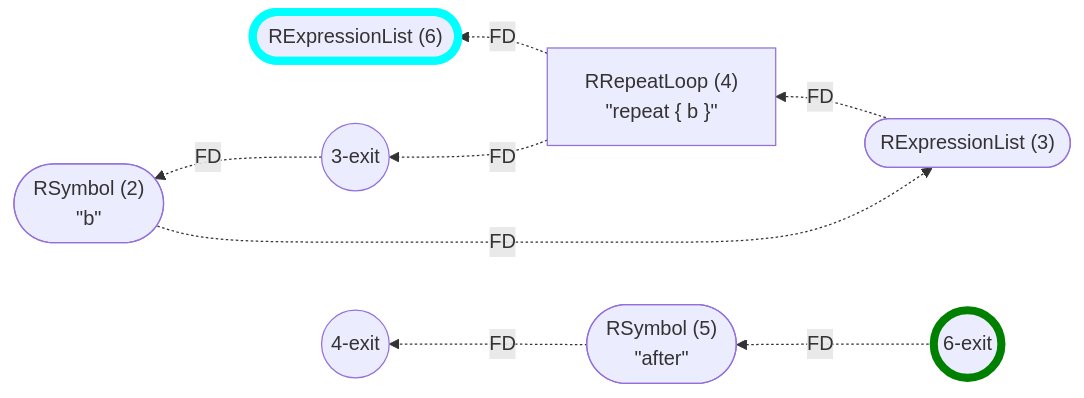
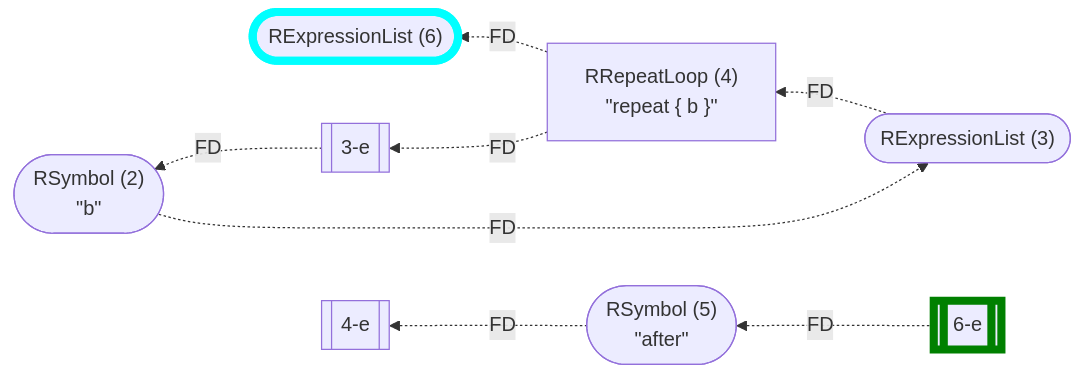
Before and after one commit to flowr-analysis/flowr: the tenth of 23 diagrams in wiki/Control Flow Graph.md, drawn with Mermaid. The commit also changed other lines of this file and 9 other files, not shown here.

````diff
--- a/wiki/Control Flow Graph.md
+++ b/wiki/Control Flow Graph.md
@@ -767,22 +662,22 @@
 ```mermaid
 flowchart RL
     n6(["`RExpressionList (6)`"])
     n3(["`RExpressionList (3)`"])
     n2(["`RSymbol (2)
 #34;b#34;`"])
-    n3-exit((3-exit))
+    n3-e[[3-e]]
     n4["`RRepeatLoop (4)
 #34;repeat #123; b #125;#34;`"]
-    n4-exit((4-exit))
+    n4-e[[4-e]]
     n5(["`RSymbol (5)
 #34;after#34;`"])
-    n6-exit((6-exit))
+    n6-e[[6-e]]
     n4 -.->|"FD"| n6
-    n4 -.->|"FD"| n3-exit
+    n4 -.->|"FD"| n3-e
     n2 -.->|"FD"| n3
-    n3-exit -.->|"FD"| n2
+    n3-e -.->|"FD"| n2
     n3 -.->|"FD"| n4
-    n5 -.->|"FD"| n4-exit
-    n6-exit -.->|"FD"| n5
-    style n6 stroke:cyan,stroke-width:6.5px;    style n6-exit stroke:green,stroke-width:6.5px;
+    n5 -.->|"FD"| n4-e
+    n6-e -.->|"FD"| n5
+    style n6 stroke:cyan,stroke-width:6.5px;    style n6-e stroke:green,stroke-width:6.5px;
 ```
````
